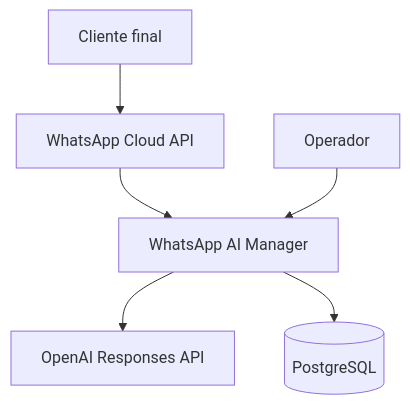
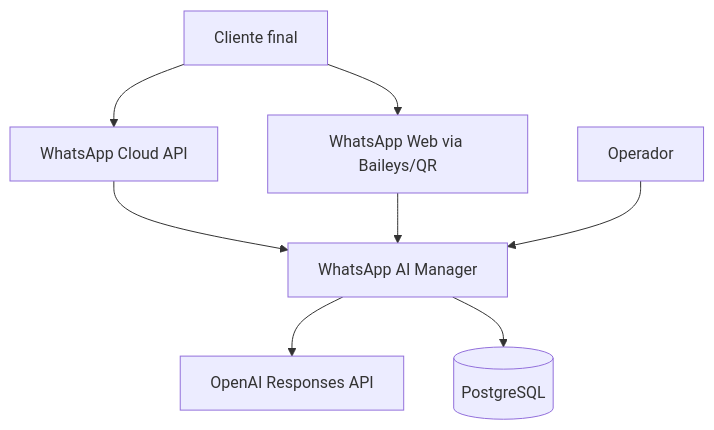
Before and after one commit to MelqueLord/WhatsAppAI: the first of 4 diagrams in docs/architecture/architecture.md, drawn with Mermaid. The commit also changed other lines of this file and 35 other files, not shown here.

````diff
--- a/docs/architecture/architecture.md
+++ b/docs/architecture/architecture.md
@@ -5,8 +5,10 @@
 ```mermaid
 flowchart TB
   Customer[Cliente final] --> Meta[WhatsApp Cloud API]
+  Customer --> QR[WhatsApp Web via Baileys/QR]
   Meta --> App[WhatsApp AI Manager]
+  QR --> App
   Operator[Operador] --> App
   App --> OpenAI[OpenAI Responses API]
   App --> PostgreSQL[(PostgreSQL)]
 ```
````
